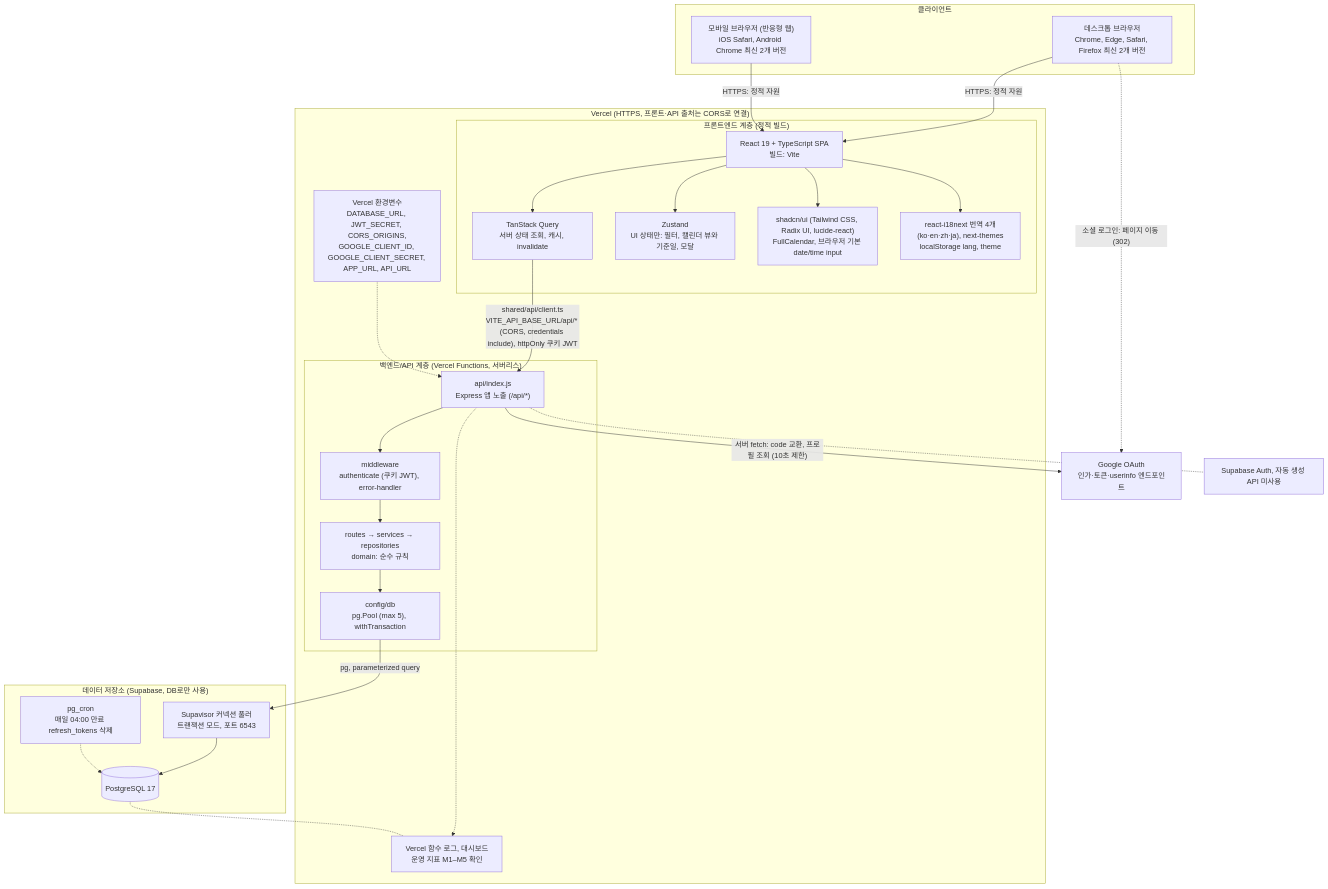
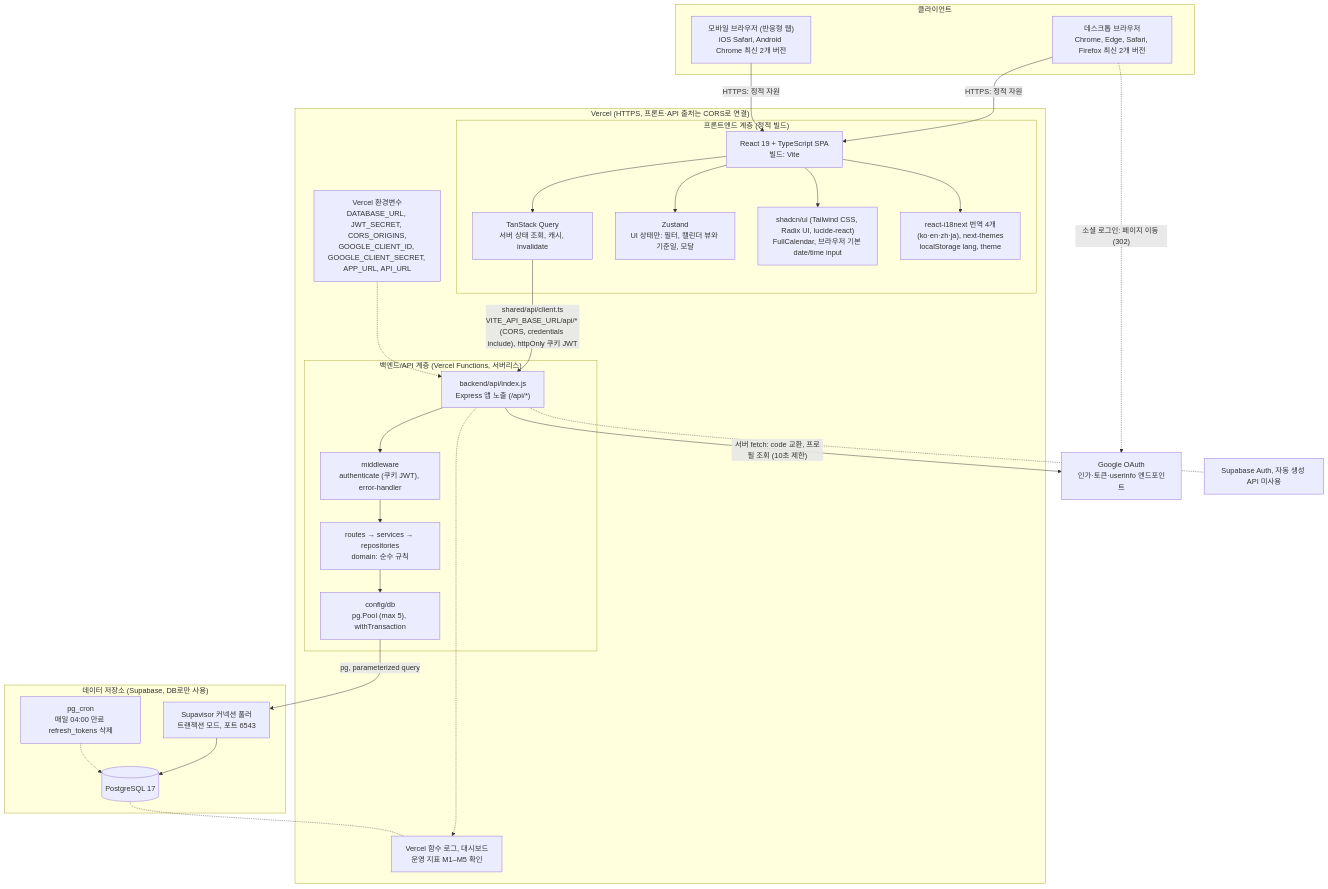
The first of 15 diagrams in docs/6-arch-diagram.md (hjining-o/todolist-app), drawn with Mermaid before and after one commit. The commit also changed other lines of this file and 9 other files, not shown here.

````diff
--- a/docs/6-arch-diagram.md
+++ b/docs/6-arch-diagram.md
@@ -50,54 +50,54 @@
 ```mermaid
 flowchart TB
     subgraph CL["클라이언트"]
         BR["데스크톱 브라우저<br/>Chrome, Edge, Safari, Firefox 최신 2개 버전"]
         MB["모바일 브라우저 (반응형 웹)<br/>iOS Safari, Android Chrome 최신 2개 버전"]
     end
 
     subgraph VC["Vercel (HTTPS, 프론트·API 출처는 CORS로 연결)"]
         subgraph FEL["프론트엔드 계층 (정적 빌드)"]
             SPA["React 19 + TypeScript SPA<br/>빌드: Vite"]
             TQ["TanStack Query<br/>서버 상태 조회, 캐시, invalidate"]
             ZS["Zustand<br/>UI 상태만: 필터, 캘린더 뷰와 기준일, 모달"]
             UI["shadcn/ui (Tailwind CSS, Radix UI, lucide-react)<br/>FullCalendar, 브라우저 기본 date/time input"]
             I18["react-i18next 번역 4개(ko·en·zh·ja), next-themes<br/>localStorage lang, theme"]
         end
         subgraph BEL["백엔드/API 계층 (Vercel Functions, 서버리스)"]
-            FN["api/index.js<br/>Express 앱 노출 (/api/*)"]
+            FN["backend/api/index.js<br/>Express 앱 노출 (/api/*)"]
             MW["middleware<br/>authenticate (쿠키 JWT), error-handler"]
             RS["routes → services → repositories<br/>domain: 순수 규칙"]
             POOL["config/db<br/>pg.Pool (max 5), withTransaction"]
         end
         ENV["Vercel 환경변수<br/>DATABASE_URL, JWT_SECRET, CORS_ORIGINS,<br/>GOOGLE_CLIENT_ID, GOOGLE_CLIENT_SECRET, APP_URL, API_URL"]
         LOG["Vercel 함수 로그, 대시보드<br/>운영 지표 M1–M5 확인"]
     end
 
     subgraph DS["데이터 저장소 (Supabase, DB로만 사용)"]
         SUP["Supavisor 커넥션 풀러<br/>트랜잭션 모드, 포트 6543"]
         PG[("PostgreSQL 17")]
         CRON["pg_cron<br/>매일 04:00 만료 refresh_tokens 삭제"]
     end
 
     GG["Google OAuth<br/>인가·토큰·userinfo 엔드포인트"]
     NOEXT["Supabase Auth, 자동 생성 API 미사용"]
 
     BR -->|"HTTPS: 정적 자원"| SPA
     MB -->|"HTTPS: 정적 자원"| SPA
     SPA --> TQ
     SPA --> ZS
     SPA --> UI
     SPA --> I18
     BR -.->|"소셜 로그인: 페이지 이동 (302)"| GG
     FN -->|"서버 fetch: code 교환, 프로필 조회 (10초 제한)"| GG
     TQ -->|"shared/api/client.ts<br/>VITE_API_BASE_URL/api/* (CORS, credentials include), httpOnly 쿠키 JWT"| FN
     FN --> MW
     MW --> RS
     RS --> POOL
     POOL -->|"pg, parameterized query"| SUP
     SUP --> PG
     CRON -.-> PG
     ENV -.-> FN
     FN -.-> LOG
     FN -.- NOEXT
     PG -.- LOG
 ```
````
